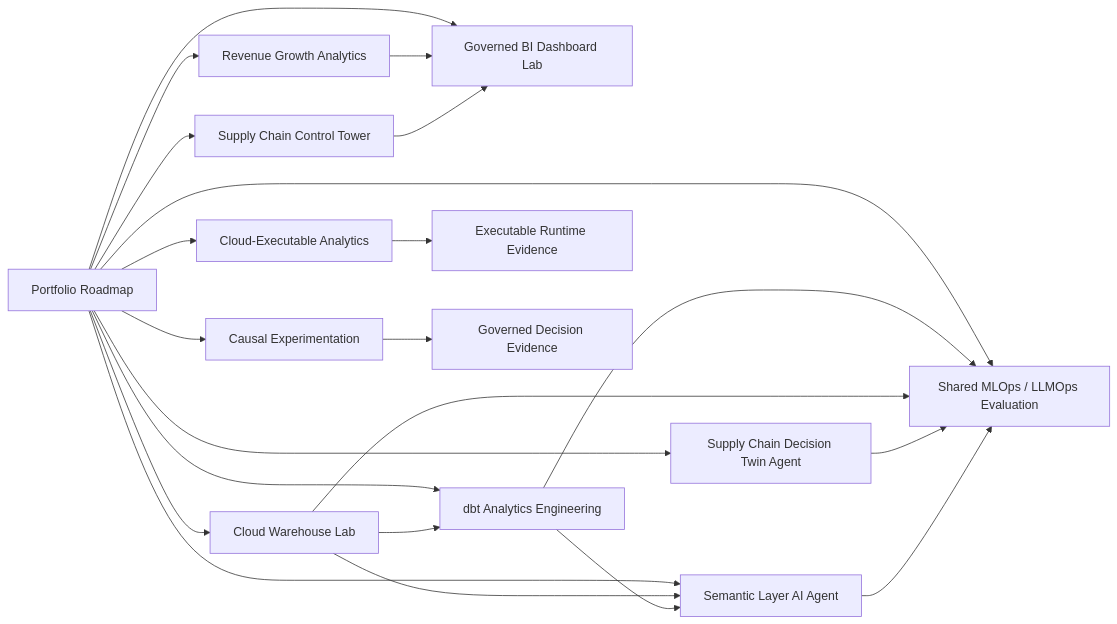
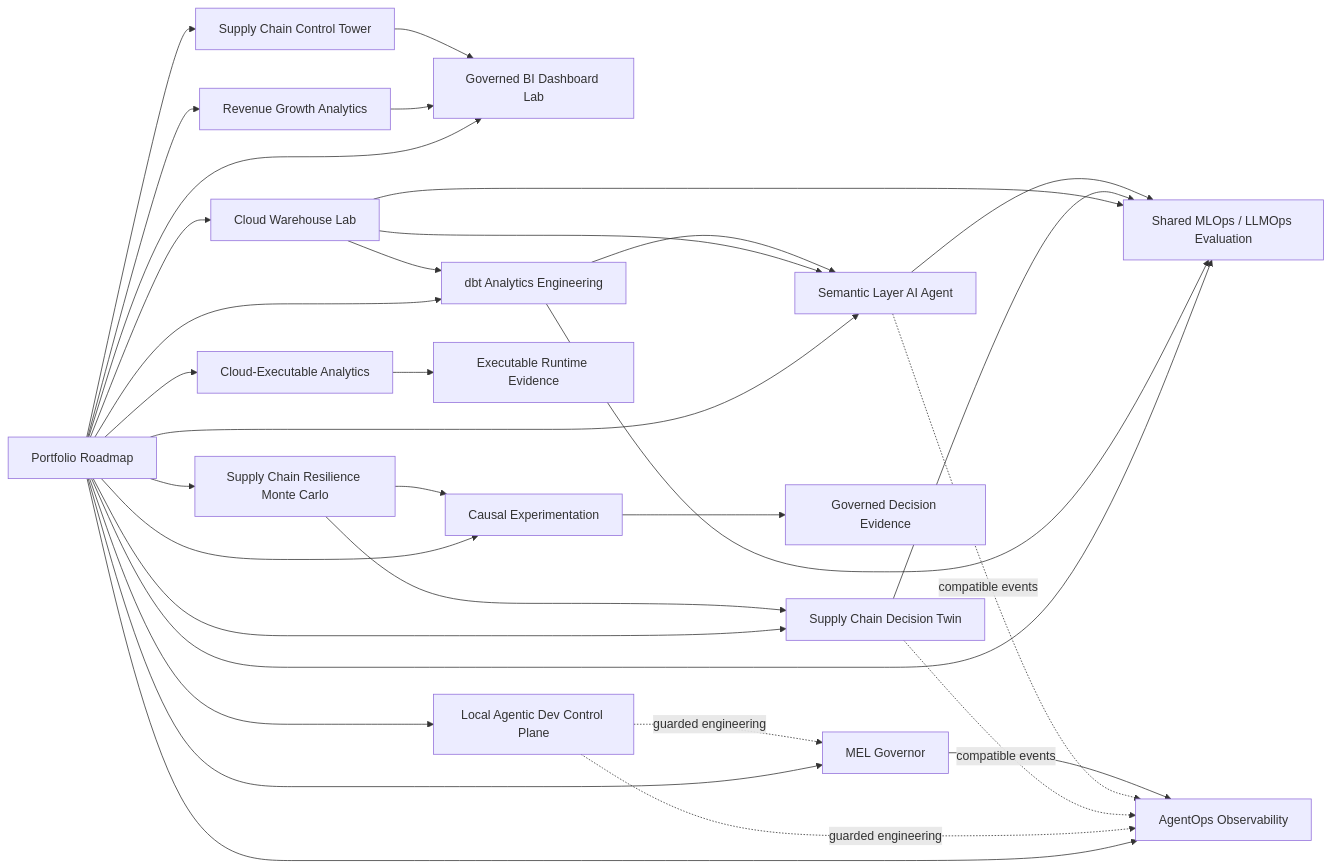
Before and after one commit to net421/net421: the diagram in README.md, drawn with Mermaid. The commit also changed other lines of this file, not shown here.

````diff
--- a/README.md
+++ b/README.md
@@ -17,27 +17,41 @@
 ```mermaid
 flowchart LR
     R[Portfolio Roadmap]
 
     CT[Supply Chain Control Tower] --> BI[Governed BI Dashboard Lab]
     REV[Revenue Growth Analytics] --> BI
     WH[Cloud Warehouse Lab] --> DBT[dbt Analytics Engineering]
     DBT --> SA[Semantic Layer AI Agent]
     WH --> SA
     SA --> EV[Shared MLOps / LLMOps Evaluation]
-    DT[Supply Chain Decision Twin Agent] --> EV
+    DT[Supply Chain Decision Twin] --> EV
     WH --> EV
     DBT --> EV
+
+    MC[Supply Chain Resilience Monte Carlo] --> DT
+    MC --> CAUSAL[Causal Experimentation]
+    CAUSAL --> DEC[Governed Decision Evidence]
+
+    MEL[MEL Governor] --> AOPS[AgentOps Observability]
+    SA -. compatible events .-> AOPS
+    DT -. compatible events .-> AOPS
+    DEV[Local Agentic Dev Control Plane] -. guarded engineering .-> MEL
+    DEV -. guarded engineering .-> AOPS
+
     CE[Cloud-Executable Analytics] --> RUN[Executable Runtime Evidence]
-    CAUSAL[Causal Experimentation] --> DEC[Governed Decision Evidence]
 
     R --> CT
     R --> REV
     R --> WH
     R --> DBT
     R --> BI
     R --> SA
     R --> DT
     R --> EV
     R --> CE
     R --> CAUSAL
+    R --> MC
+    R --> MEL
+    R --> AOPS
+    R --> DEV
 ```
````
